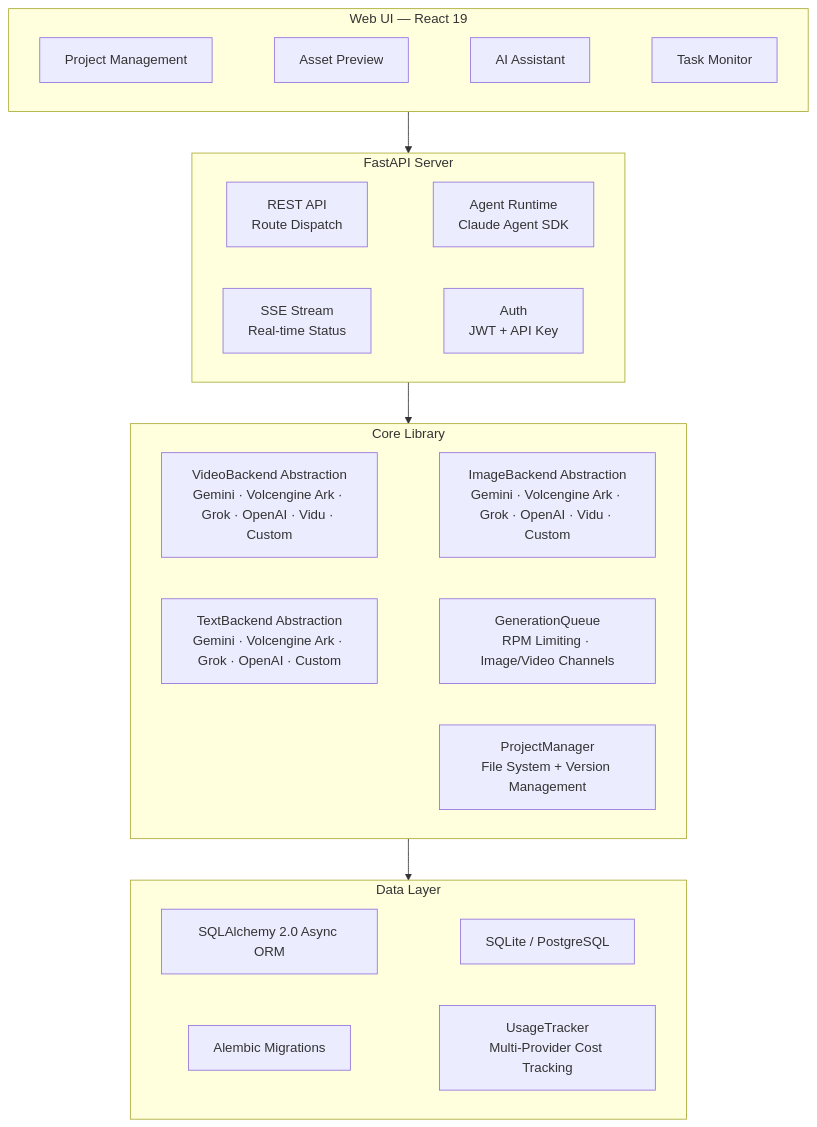
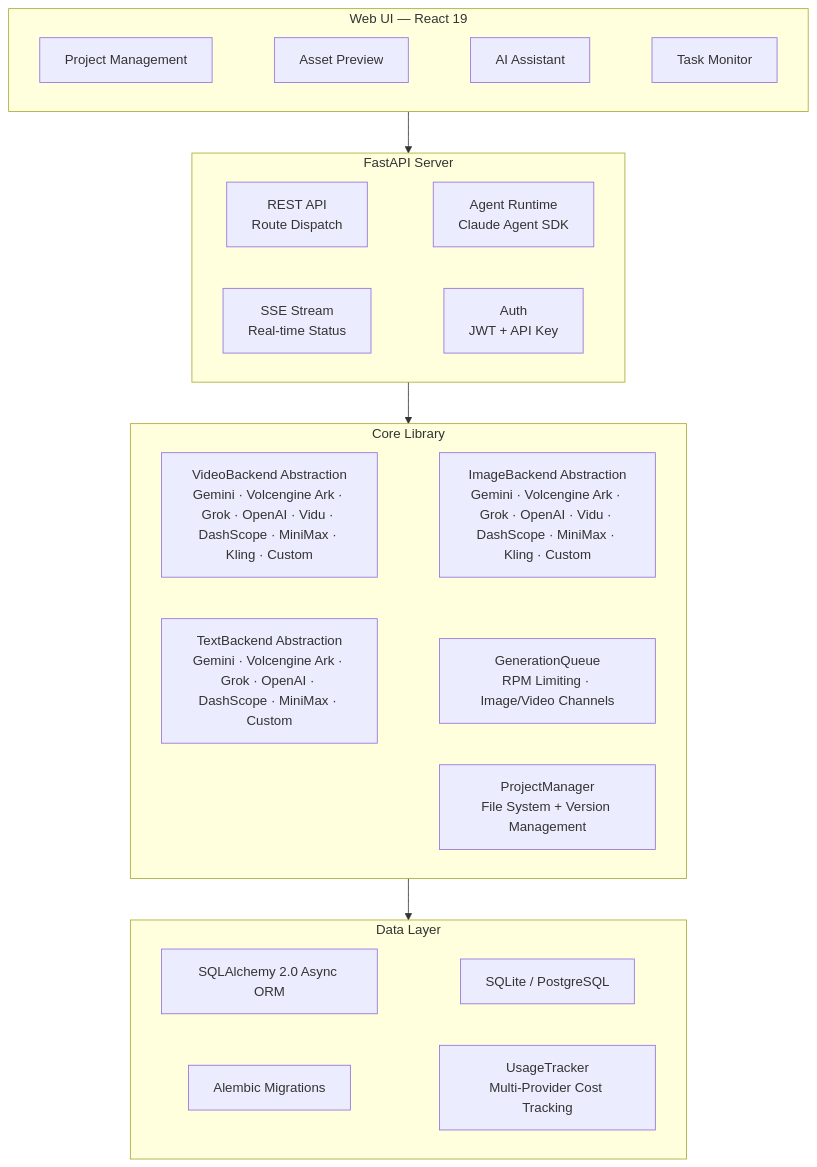
Before and after one commit to ArcReel/ArcReel: the third of 3 diagrams in README.en.md, drawn with Mermaid. The commit also changed other lines of this file and 5 other files, not shown here.

````diff
--- a/README.en.md
+++ b/README.en.md
@@ -223,24 +234,24 @@
 ```mermaid
 flowchart TB
     subgraph UI["Web UI — React 19"]
         U1["Project Management"] ~~~ U2["Asset Preview"] ~~~ U3["AI Assistant"] ~~~ U4["Task Monitor"]
     end
 
     subgraph Server["FastAPI Server"]
         S1["REST API<br/>Route Dispatch"] ~~~ S2["Agent Runtime<br/>Claude Agent SDK"]
         S3["SSE Stream<br/>Real-time Status"] ~~~ S4["Auth<br/>JWT + API Key"]
     end
 
     subgraph Core["Core Library"]
-        C1["VideoBackend Abstraction<br/>Gemini · Volcengine Ark · Grok · OpenAI · Vidu · Custom"] ~~~ C2["ImageBackend Abstraction<br/>Gemini · Volcengine Ark · Grok · OpenAI · Vidu · Custom"]
-        C5["TextBackend Abstraction<br/>Gemini · Volcengine Ark · Grok · OpenAI · Custom"] ~~~ C3["GenerationQueue<br/>RPM Limiting · Image/Video Channels"]
+        C1["VideoBackend Abstraction<br/>Gemini · Volcengine Ark · Grok · OpenAI · Vidu · DashScope · MiniMax · Kling · Custom"] ~~~ C2["ImageBackend Abstraction<br/>Gemini · Volcengine Ark · Grok · OpenAI · Vidu · DashScope · MiniMax · Kling · Custom"]
+        C5["TextBackend Abstraction<br/>Gemini · Volcengine Ark · Grok · OpenAI · DashScope · MiniMax · Custom"] ~~~ C3["GenerationQueue<br/>RPM Limiting · Image/Video Channels"]
         C4["ProjectManager<br/>File System + Version Management"]
     end
 
     subgraph Data["Data Layer"]
         D1["SQLAlchemy 2.0 Async ORM"] ~~~ D2["SQLite / PostgreSQL"]
         D3["Alembic Migrations"] ~~~ D4["UsageTracker<br/>Multi-Provider Cost Tracking"]
     end
 
     UI --> Server --> Core --> Data
 ```
````
